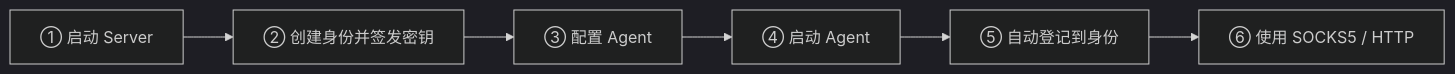
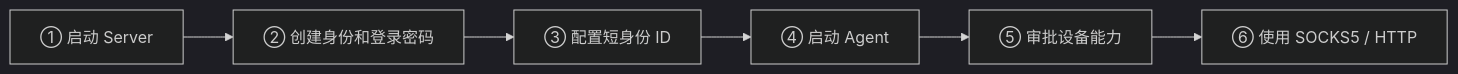
The fifth of 9 diagrams in README.md (timwai/RelayProxy), drawn with Mermaid (dark theme) before and after one commit. The commit also changed other lines of this file and 52 other files, not shown here.

````diff
--- a/README.md
+++ b/README.md
@@ -214,8 +215,8 @@
 ```mermaid
 flowchart LR
-    S1["① 启动 Server"] --> S2["② 创建身份并签发密钥"]
-    S2 --> S3["③ 配置 Agent"]
+    S1["① 启动 Server"] --> S2["② 创建身份和登录密码"]
+    S2 --> S3["③ 配置短身份 ID"]
     S3 --> S4["④ 启动 Agent"]
-    S4 --> S5["⑤ 自动登记到身份"]
+    S4 --> S5["⑤ 审批设备能力"]
     S5 --> S6["⑥ 使用 SOCKS5 / HTTP"]
 ```
````
